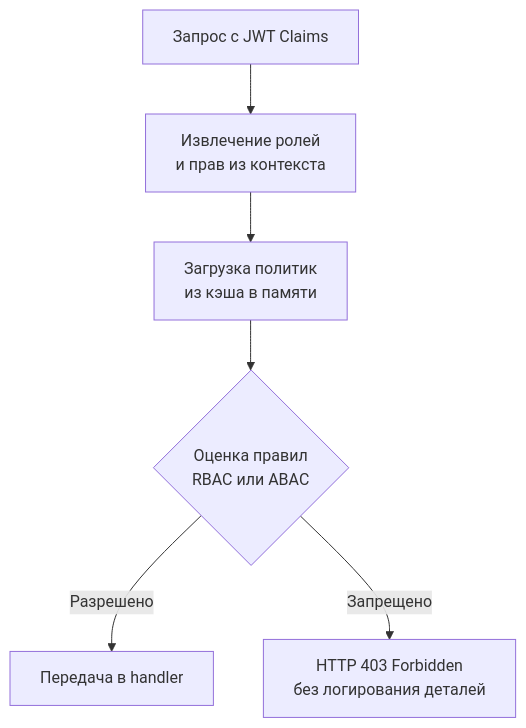
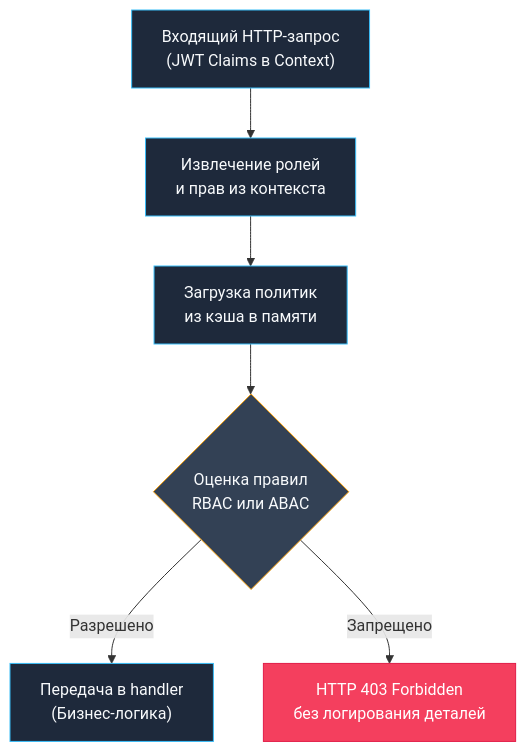
The diagram in sources/9. Бэкенд на Go (Практика разработки)/20. Authorization. RBAC.md (UnrealTemplier/go-textbook), drawn with Mermaid before and after one commit. The commit also changed other lines of this file, not shown here.

````diff
--- a/sources/9. Бэкенд на Go (Практика разработки)/20. Authorization. RBAC.md
+++ b/sources/9. Бэкенд на Go (Практика разработки)/20. Authorization. RBAC.md
@@ -13,8 +16,18 @@
 ```mermaid
 flowchart TD
-    A["Запрос с JWT Claims"] --> B["Извлечение ролей<br>и прав из контекста"]
+    A["Входящий HTTP-запрос
+(JWT Claims в Context)"] --> B["Извлечение ролей<br>и прав из контекста"]
     B --> C["Загрузка политик<br>из кэша в памяти"]
     C --> D{"Оценка правил<br>RBAC или ABAC"}
-    D -->|"Разрешено"| E["Передача в handler"]
+    D -->|"Разрешено"| E["Передача в handler
+(Бизнес-логика)"]
     D -->|"Запрещено"| F["HTTP 403 Forbidden<br>без логирования деталей"]
+
+    classDef normal fill:#1e293b,stroke:#38bdf8,color:#f8fafc;
+    classDef decision fill:#334155,stroke:#f59e0b,color:#f8fafc;
+    classDef ok fill:#10b981,stroke:#059669,color:#ffffff;
+    classDef fail fill:#f43f5e,stroke:#e11d48,color:#ffffff;
+    class A,B,C,E normal;
+    class D decision;
+    class F fail;
 ```
````
